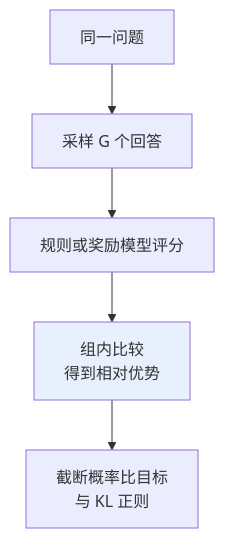
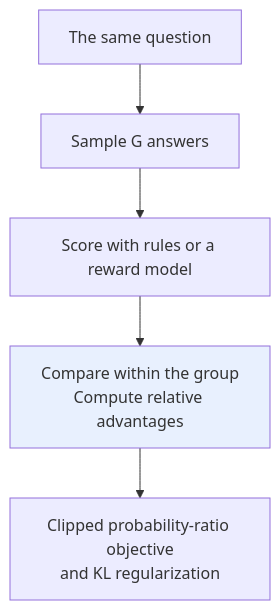
Before and after one commit to oneleaveknowsthefall/awesome-ai-roadmap: the second of 2 diagrams in docs/llm/02-training-alignment/10-post-training.md, drawn with Mermaid. The commit also changed other lines of this file and 92 other files, not shown here.

````diff
--- a/docs/llm/02-training-alignment/10-post-training.md
+++ b/docs/llm/02-training-alignment/10-post-training.md
@@ -130,9 +132,9 @@
 ```mermaid
 flowchart TB
-    Q["同一问题"] --> G["采样 G 个回答"]
-    G --> R["规则或奖励模型评分"]
-    R --> A["组内比较<br/>得到相对优势"]
-    A --> OPT["截断概率比目标<br/>与 KL 正则"]
+    Q["The same question"] --> G["Sample G answers"]
+    G --> R["Score with rules or a reward model"]
+    R --> A["Compare within the group<br/>Compute relative advantages"]
+    A --> OPT["Clipped probability-ratio objective<br/>and KL regularization"]
 
     style A fill:#e8f0fe
 ```
````
